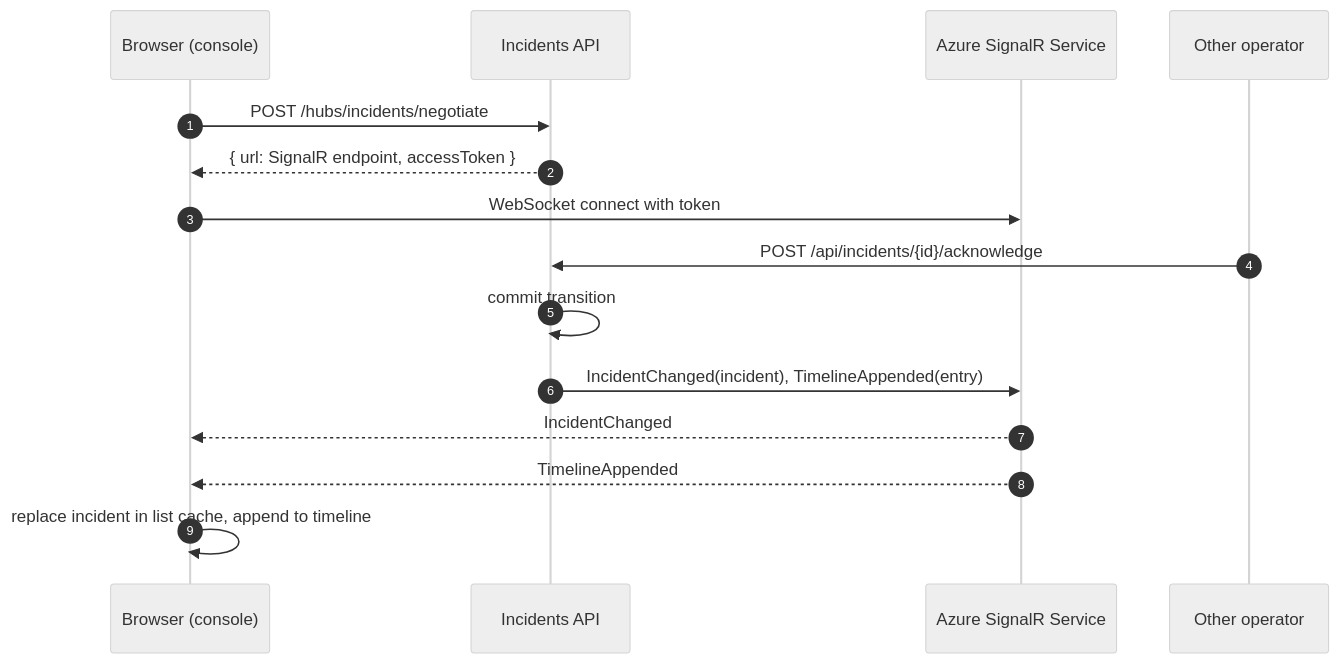
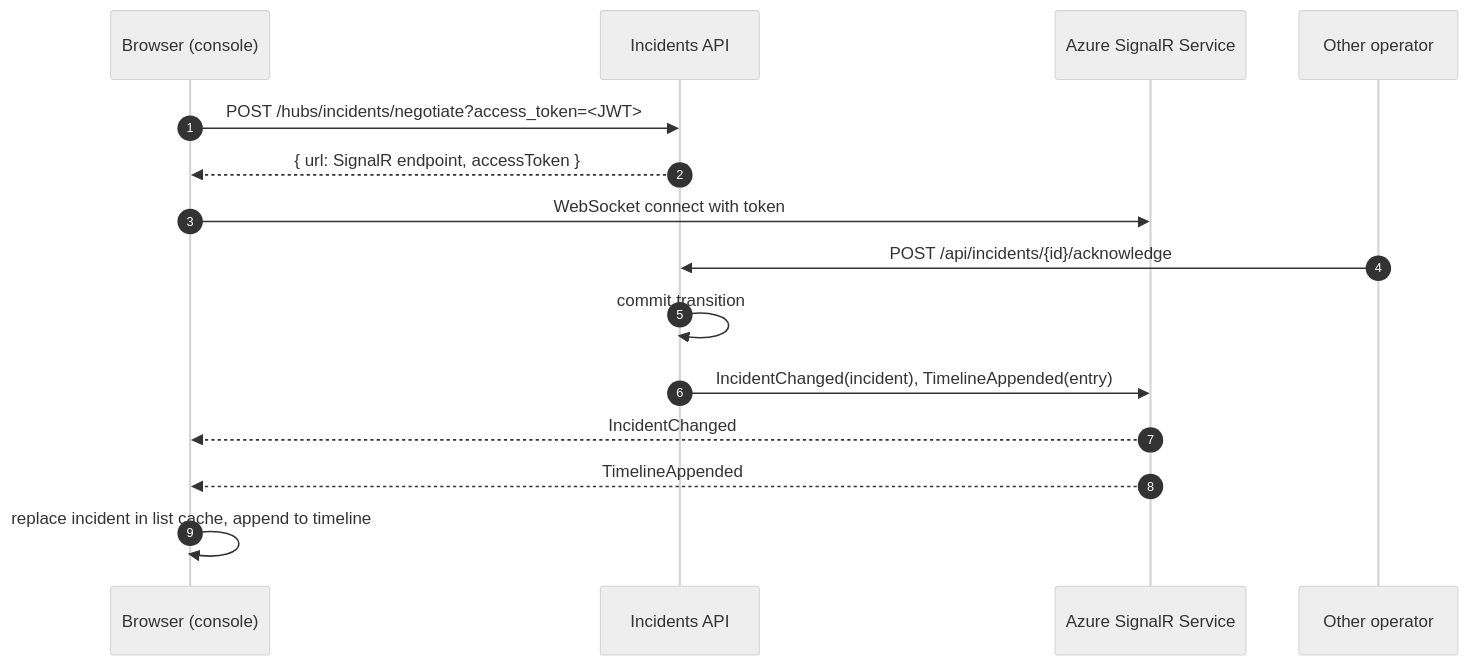
One commit to marcelo-roman/incident-ops changed the first of 2 diagrams in docs/docs/architecture/real-time.md. Above: the diagram before and after it, drawn with Mermaid (neutral theme). The commit also changed other lines of this file and 145 other files, not shown here.

````diff
--- a/docs/docs/architecture/real-time.md
+++ b/docs/docs/architecture/real-time.md
@@ -18,18 +20,18 @@
 ```mermaid
 sequenceDiagram
     autonumber
     participant B as Browser (console)
     participant API as Incidents API
     participant S as Azure SignalR Service
     participant B2 as Other operator
 
-    B->>API: POST /hubs/incidents/negotiate
+    B->>API: POST /hubs/incidents/negotiate?access_token=<JWT>
     API-->>B: { url: SignalR endpoint, accessToken }
     B->>S: WebSocket connect with token
     B2->>API: POST /api/incidents/{id}/acknowledge
     API->>API: commit transition
     API->>S: IncidentChanged(incident), TimelineAppended(entry)
     S-->>B: IncidentChanged
     S-->>B: TimelineAppended
     B->>B: replace incident in list cache, append to timeline
 ```
````
